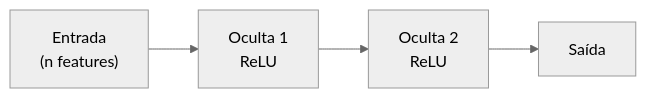
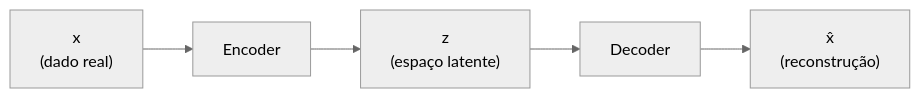
Before and after one commit to GMori-creator/ann-dl: the diagram in docs/projects/generative/index.md, drawn with Mermaid (neutral theme). The commit also changed other lines of this file and 11 other files, not shown here.

````diff
--- a/docs/projects/generative/index.md
+++ b/docs/projects/generative/index.md
@@ -35,6 +46,7 @@
 ``` mermaid
 flowchart LR
-    x["Entrada<br/>(n features)"] --> h1["Oculta 1<br/>ReLU"]
-    h1 --> h2["Oculta 2<br/>ReLU"]
-    h2 --> out["Saída"]
+    x["x<br/>(dado real)"] --> enc[Encoder]
+    enc --> z["z<br/>(espaço latente)"]
+    z --> dec[Decoder]
+    dec --> xr["x̂<br/>(reconstrução)"]
 ```
````
